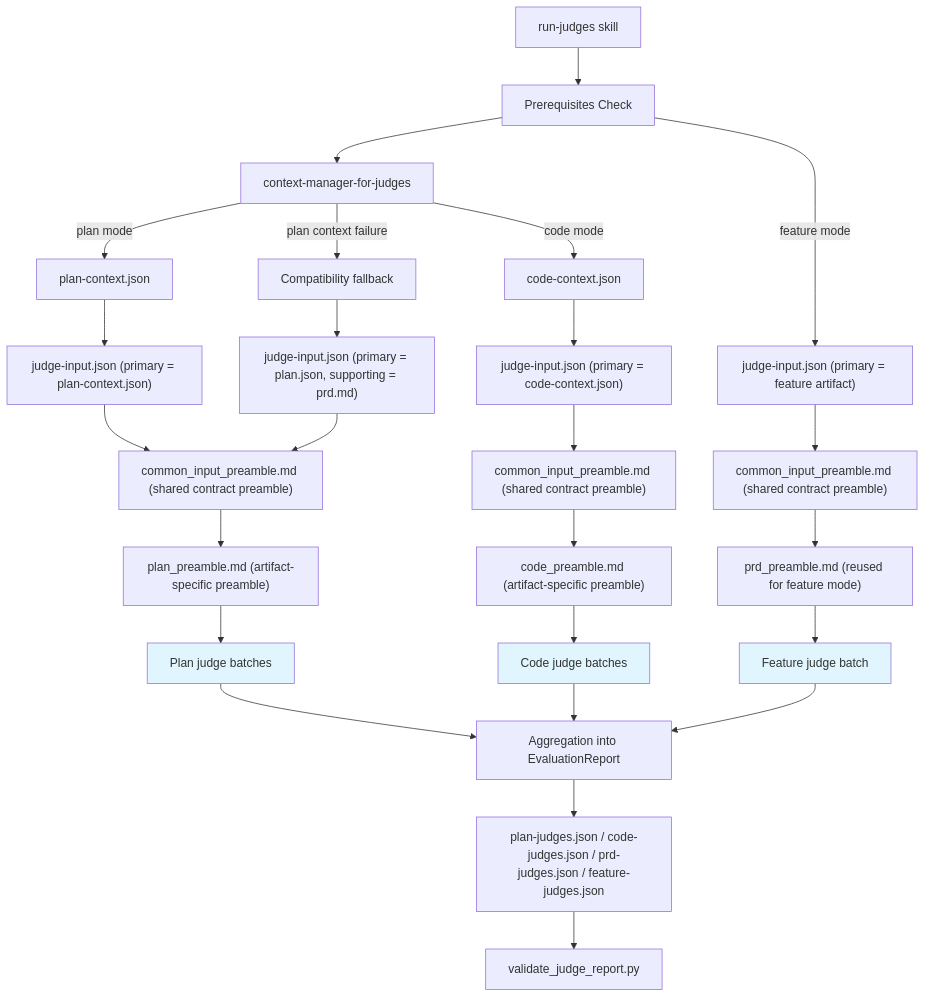
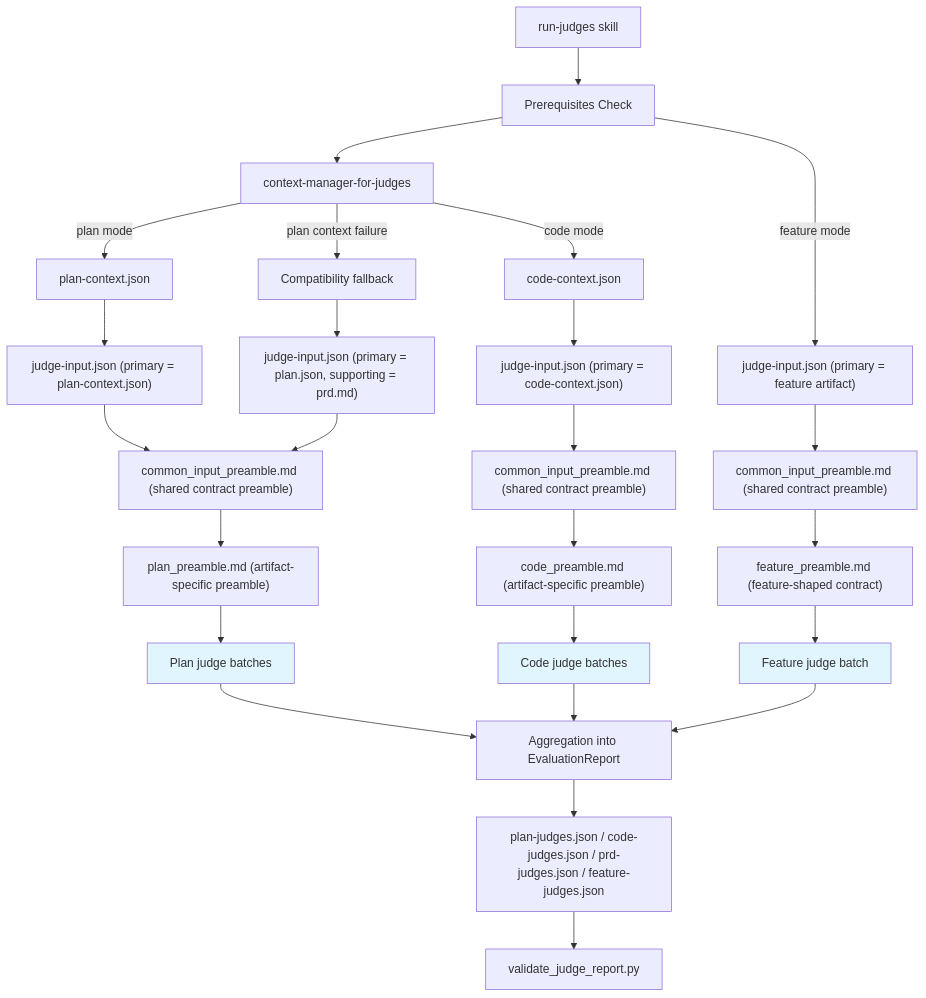
The diagram in plugins/judges/README.md (closedloop-ai/claude-plugins), drawn with Mermaid before and after one commit. The commit also changed other lines of this file and 3 other files, not shown here.

First line of the commit message:
fix(judges): add feature-aware preamble for feature mode

````diff
--- a/plugins/judges/README.md
+++ b/plugins/judges/README.md
@@ -21,31 +21,31 @@
 ```mermaid
 graph TD
     Start[run-judges skill] --> Check[Prerequisites Check]
     Check --> CtxMgr[context-manager-for-judges]
     CtxMgr -->|plan mode| PlanJSON["plan-context.json"]
     PlanJSON --> PlanInput["judge-input.json (primary = plan-context.json)"]
     PlanInput --> CommonPlan["common_input_preamble.md (shared contract preamble)"]
     CommonPlan --> PlanPreamble["plan_preamble.md (artifact-specific preamble)"]
     PlanPreamble --> PlanBatches[Plan judge batches]
     CtxMgr -->|code mode| CodeJSON["code-context.json"]
     CodeJSON --> CodeInput["judge-input.json (primary = code-context.json)"]
     CodeInput --> CommonCode["common_input_preamble.md (shared contract preamble)"]
     CommonCode --> CodePreamble["code_preamble.md (artifact-specific preamble)"]
     CodePreamble --> CodeBatches[Code judge batches]
     CtxMgr -->|plan context failure| Compat[Compatibility fallback]
     Compat --> CompatInput["judge-input.json (primary = plan.json, supporting = prd.md)"]
     CompatInput --> CommonPlan
     Check -->|feature mode| FeatureInput["judge-input.json (primary = feature artifact)"]
     FeatureInput --> CommonFeature["common_input_preamble.md (shared contract preamble)"]
-    CommonFeature --> FeaturePreamble["prd_preamble.md (reused for feature mode)"]
+    CommonFeature --> FeaturePreamble["feature_preamble.md (feature-shaped contract)"]
     FeaturePreamble --> FeatureBatch[Feature judge batch]
     PlanBatches --> Agg[Aggregation into EvaluationReport]
     CodeBatches --> Agg
     FeatureBatch --> Agg
     Agg --> Report["plan-judges.json / code-judges.json / prd-judges.json / feature-judges.json"]
     Report --> Validate["validate_judge_report.py"]
 
     style PlanBatches fill:#e1f5fe
     style CodeBatches fill:#e1f5fe
     style FeatureBatch fill:#e1f5fe
 ```
````
